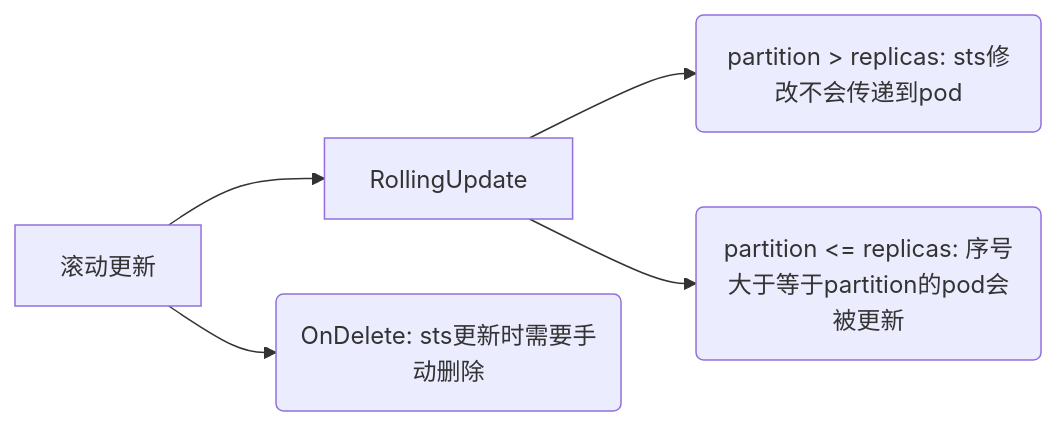
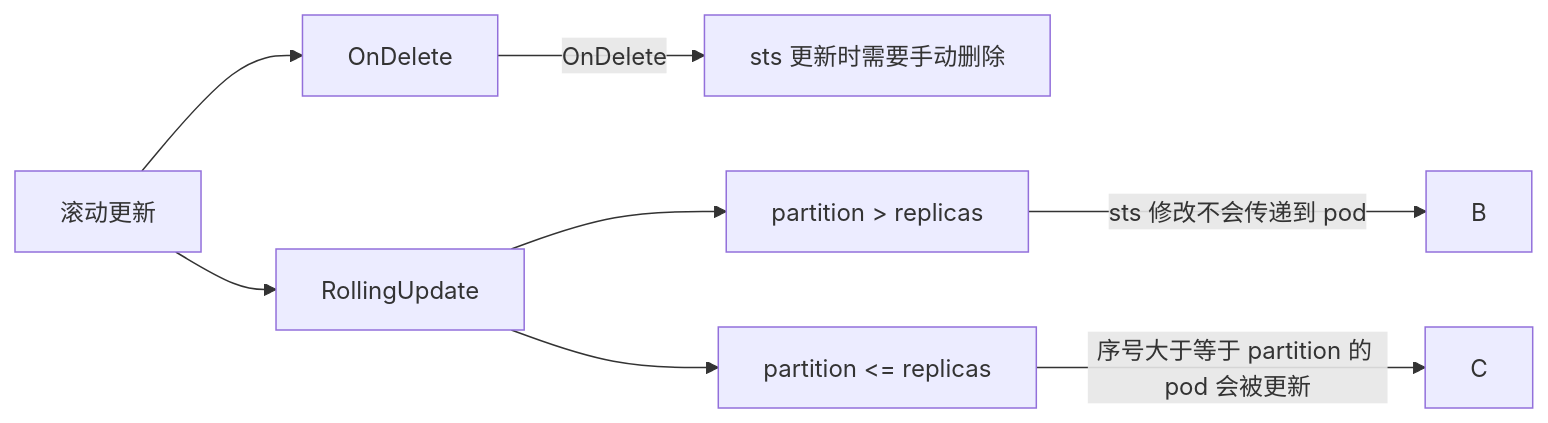
The diagram in docs/container/kubernetes/Workload/StatefulSet.md (xiaokexiang/vitepress), drawn with Mermaid before and after one commit. The commit also changed other lines of this file and 101 other files, not shown here.

````diff
--- a/docs/container/kubernetes/Workload/StatefulSet.md
+++ b/docs/container/kubernetes/Workload/StatefulSet.md
@@ -179,7 +185,10 @@
 ```mermaid
 graph LR
 滚动更新 --> RollingUpdate
-滚动更新 --> OnDelete(OnDelete: sts更新时需要手动删除)
-RollingUpdate --> step1(partition > replicas: sts修改不会传递到pod)
-RollingUpdate --> step2(partition <= replicas: 序号大于等于partition的pod会被更新)
+滚动更新 --> OnDelete
+OnDelete --> |OnDelete| A[sts 更新时需要手动删除]
+RollingUpdate --> step1
+RollingUpdate --> step2
+step1[partition > replicas] --> |sts 修改不会传递到 pod | B
+step2[partition <= replicas] --> |序号大于等于 partition 的 pod 会被更新 | C
 ```
````
